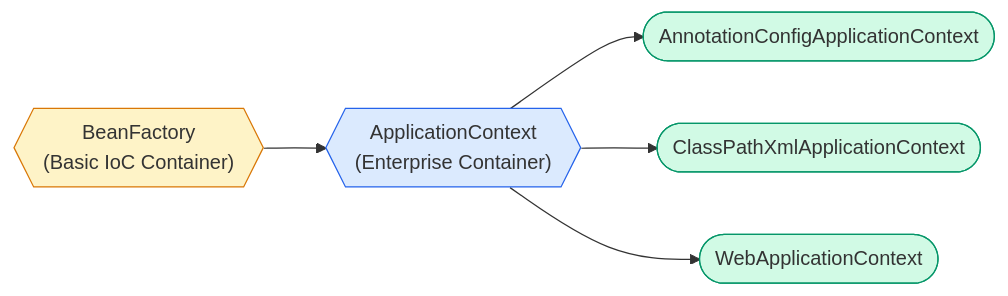
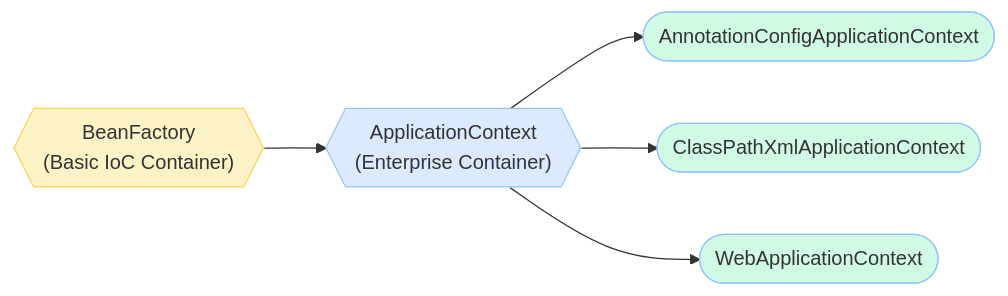
Before and after one commit to saivamsikaruturi/vamsilabs-dev-notes-main: the second of 5 diagrams in docs/springboot/SpringIOC.md, drawn with Mermaid. The commit also changed other lines of this file and 220 other files, not shown here.

First line of the commit message:
Add 50+ new Java/Spring Boot pages, rewrite CSS code blocks to Oracle style, fix all diagram colors

````diff
--- a/docs/springboot/SpringIOC.md
+++ b/docs/springboot/SpringIOC.md
@@ -76,13 +76,13 @@
 ```mermaid
 flowchart LR
     A{{"BeanFactory<br/>(Basic IoC Container)"}} --> B{{"ApplicationContext<br/>(Enterprise Container)"}}
     B --> C(["AnnotationConfigApplicationContext"])
     B --> D(["ClassPathXmlApplicationContext"])
     B --> E(["WebApplicationContext"])
 
-    style A fill:#FEF3C7,stroke:#D97706
-    style B fill:#DBEAFE,stroke:#2563EB
-    style C fill:#D1FAE5,stroke:#059669
-    style D fill:#D1FAE5,stroke:#059669
-    style E fill:#D1FAE5,stroke:#059669
+    style A fill:#FEF3C7,stroke:#FCD34D
+    style B fill:#DBEAFE,stroke:#93C5FD
+    style C fill:#D1FAE5,stroke:#93C5FD
+    style D fill:#D1FAE5,stroke:#93C5FD
+    style E fill:#D1FAE5,stroke:#93C5FD
 ```
````
